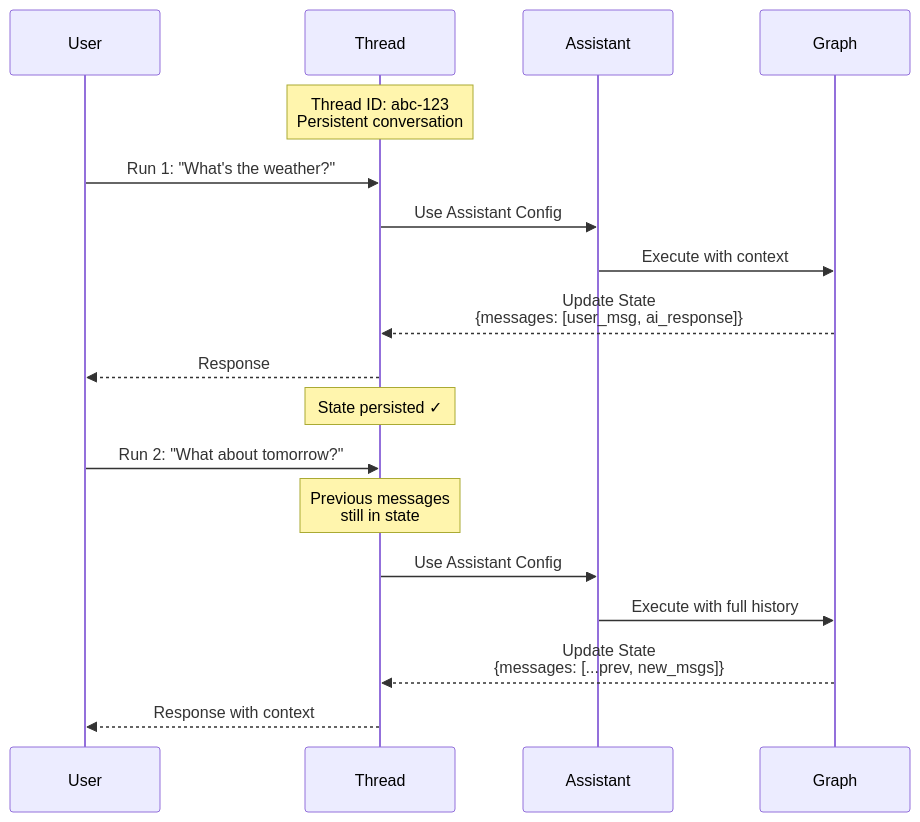
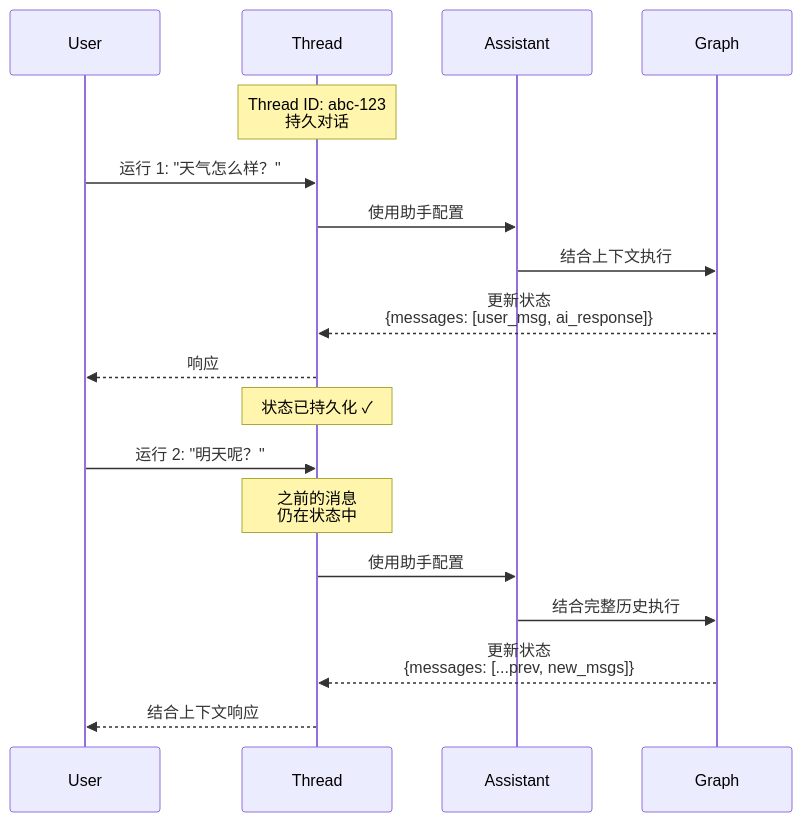
One commit to happyphper/langchain-docs-cn changed the diagram in cn-docs/langsmith/use-threads.mdx. Above: the diagram before and after it, drawn with Mermaid. The commit also changed other lines of this file and 75 other files, not shown here.

````diff
--- a/cn-docs/langsmith/use-threads.mdx
+++ b/cn-docs/langsmith/use-threads.mdx
@@ -19,24 +20,24 @@
 ```mermaid
 sequenceDiagram
     participant User
     participant Thread
     participant Assistant
     participant Graph
 
-    Note over Thread: Thread ID: abc-123<br/>Persistent conversation
+    Note over Thread: Thread ID: abc-123<br/>持久对话
 
-    User->>Thread: Run 1: "What's the weather?"
-    Thread->>Assistant: Use Assistant Config
-    Assistant->>Graph: Execute with context
-    Graph-->>Thread: Update State<br/>{messages: [user_msg, ai_response]}
-    Thread-->>User: Response
+    User->>Thread: 运行 1: "天气怎么样？"
+    Thread->>Assistant: 使用助手配置
+    Assistant->>Graph: 结合上下文执行
+    Graph-->>Thread: 更新状态<br/>{messages: [user_msg, ai_response]}
+    Thread-->>User: 响应
 
-    Note over Thread: State persisted ✓
+    Note over Thread: 状态已持久化 ✓
 
-    User->>Thread: Run 2: "What about tomorrow?"
-    Note over Thread: Previous messages<br/>still in state
-    Thread->>Assistant: Use Assistant Config
-    Assistant->>Graph: Execute with full history
-    Graph-->>Thread: Update State<br/>{messages: [...prev, new_msgs]}
-    Thread-->>User: Response with context
+    User->>Thread: 运行 2: "明天呢？"
+    Note over Thread: 之前的消息<br/>仍在状态中
+    Thread->>Assistant: 使用助手配置
+    Assistant->>Graph: 结合完整历史执行
+    Graph-->>Thread: 更新状态<br/>{messages: [...prev, new_msgs]}
+    Thread-->>User: 结合上下文响应
 ```
````
